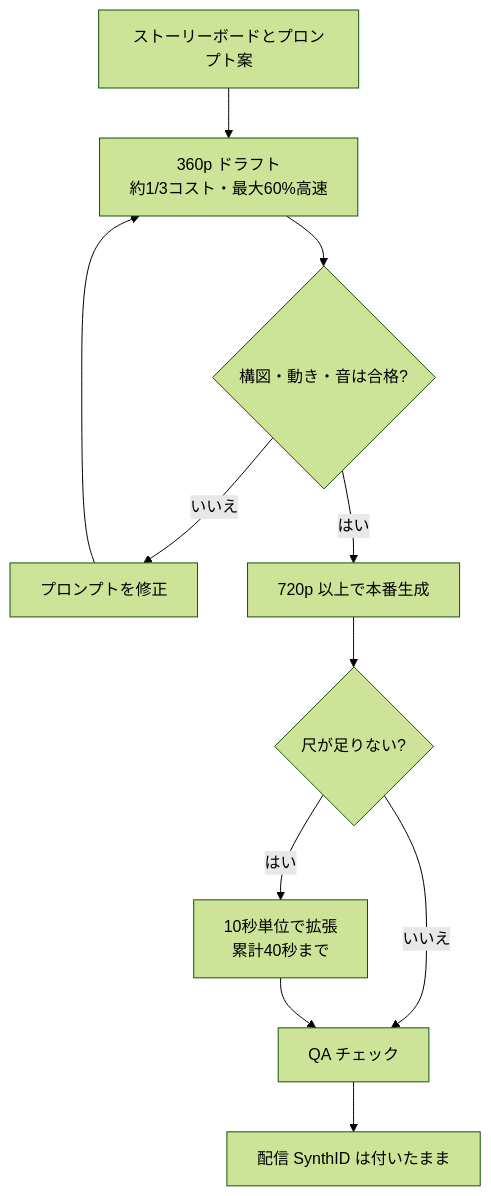
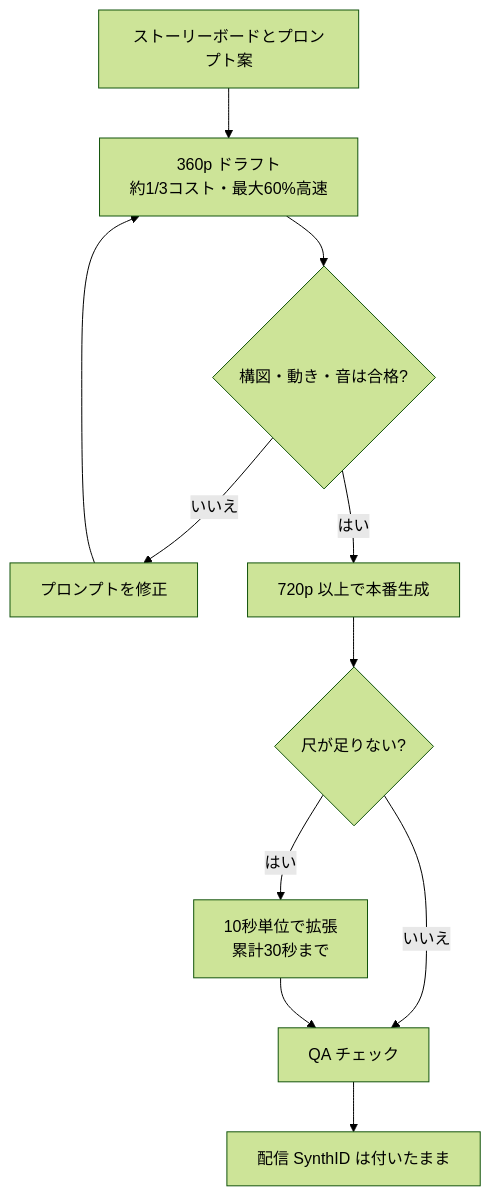
One commit to myoshi2891/Comparison-of-LLMs changed the sixth of 7 diagrams in Gemini-omni-best-practices-guide.md. Above: the diagram before and after it, drawn with Mermaid (forest theme). The commit also changed other lines of this file and 1 other file, not shown here.

````diff
--- a/Gemini-omni-best-practices-guide.md
+++ b/Gemini-omni-best-practices-guide.md
@@ -623,13 +624,13 @@
 ```mermaid
 flowchart TD
     A["ストーリーボードとプロンプト案"] --> B["360p ドラフト<br/>約1/3コスト・最大60%高速"]
     B --> C{"構図・動き・音は合格?"}
     C -->|いいえ| D["プロンプトを修正"]
     D --> B
     C -->|はい| E["720p 以上で本番生成"]
     E --> F{"尺が足りない?"}
-    F -->|はい| G["10秒単位で拡張<br/>累計40秒まで"]
+    F -->|はい| G["10秒単位で拡張<br/>累計30秒まで"]
     F -->|いいえ| H["QA チェック"]
     G --> H
     H --> I["配信 SynthID は付いたまま"]
 ```
````
